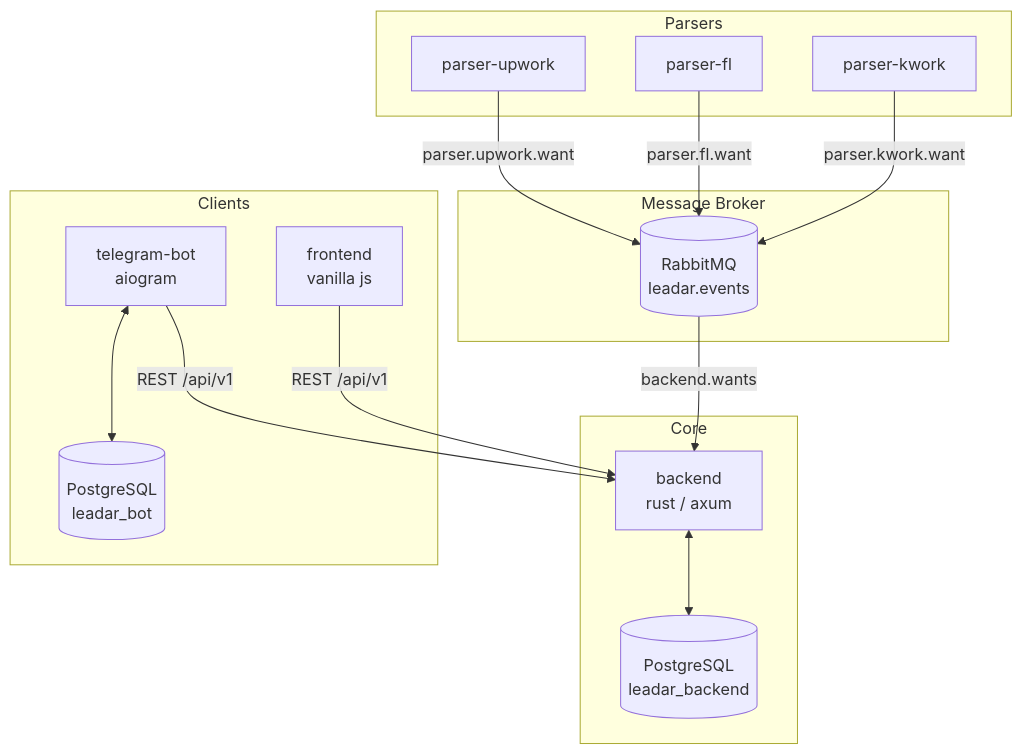
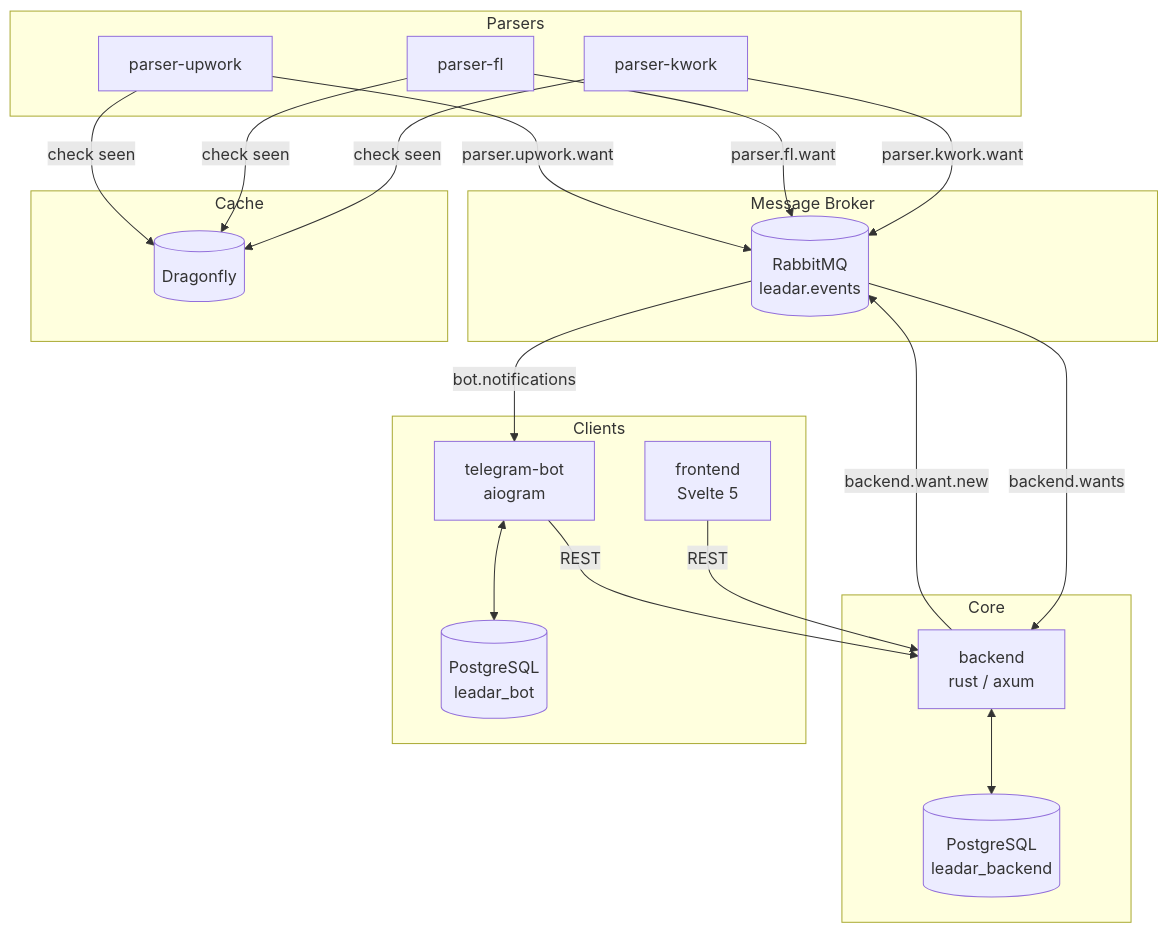
The first of 4 diagrams in ARCHITECTURE.md (leadar-dev/documentation), drawn with Mermaid before and after one commit. The commit also changed other lines of this file and 17 other files, not shown here.

````diff
--- a/ARCHITECTURE.md
+++ b/ARCHITECTURE.md
@@ -24,34 +24,45 @@
 ```mermaid
 graph TB
     subgraph parsers["Parsers"]
         PK[parser-kwork]
         PF[parser-fl]
         PU[parser-upwork]
     end
 
     subgraph broker["Message Broker"]
         RMQ[(RabbitMQ\nleadar.events)]
     end
 
+    subgraph cache["Cache"]
+        DF[(Dragonfly)]
+    end
+
     subgraph core["Core"]
         BE[backend\nrust / axum]
         DB[(PostgreSQL\nleadar_backend)]
     end
 
     subgraph clients["Clients"]
-        FE[frontend\nvanilla js]
+        FE[frontend\nSvelte 5]
         BOT[telegram-bot\naiogram]
         DB2[(PostgreSQL\nleadar_bot)]
     end
+
+    PK -->|check seen| DF
+    PF -->|check seen| DF
+    PU -->|check seen| DF
 
     PK -->|parser.kwork.want| RMQ
     PF -->|parser.fl.want| RMQ
     PU -->|parser.upwork.want| RMQ
 
     RMQ -->|backend.wants| BE
     BE <--> DB
 
-    FE -->|REST /api/v1| BE
-    BOT -->|REST /api/v1| BE
+    BE -->|backend.want.new| RMQ
+    RMQ -->|bot.notifications| BOT
+
+    FE -->|REST| BE
+    BOT -->|REST| BE
     BOT <--> DB2
 ```
````
